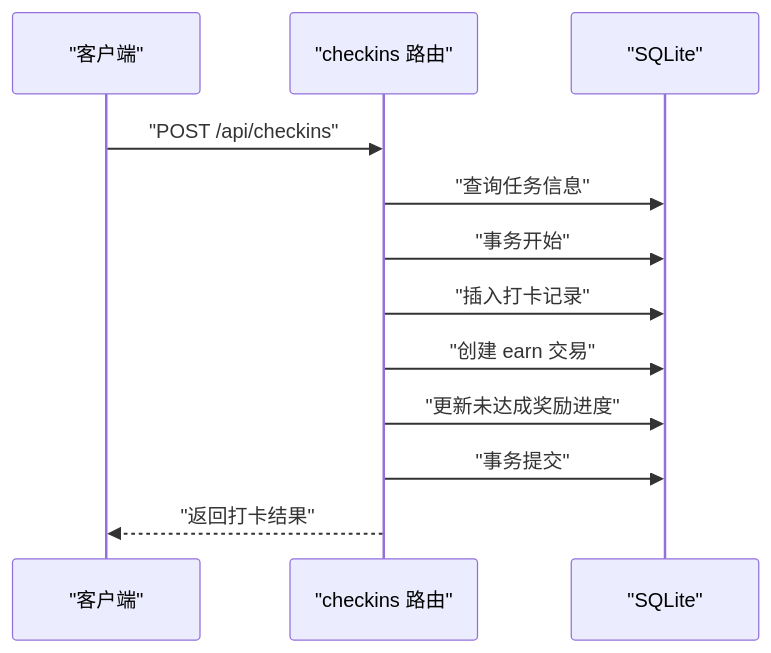
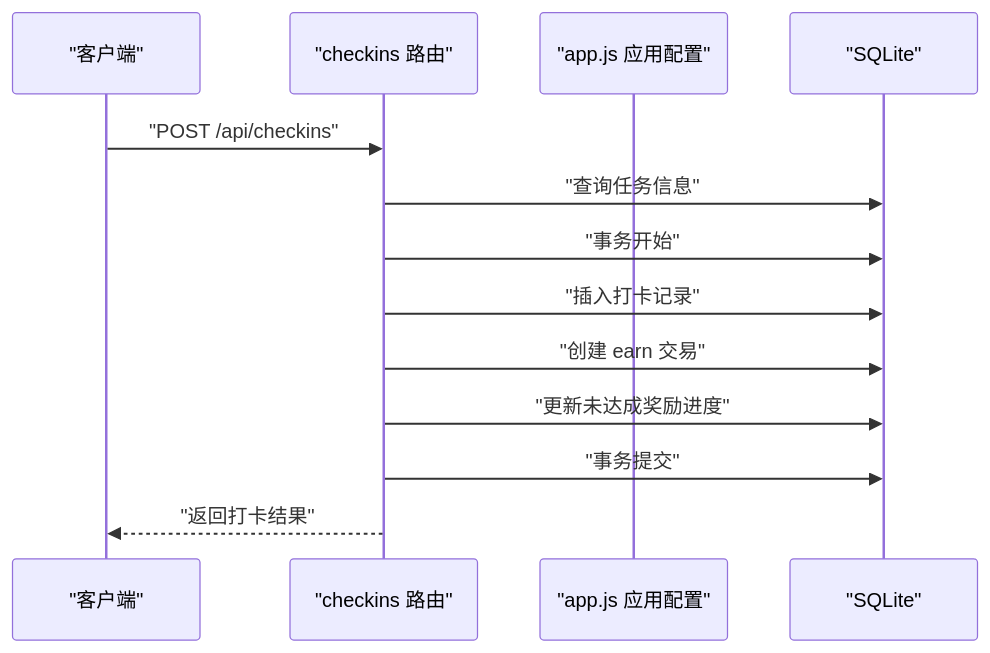
One commit to dawny123123/StarParadise changed the sixth of 8 diagrams in .qoder/repowiki/zh/content/系统架构设计/后端架构设计.md. Above: the diagram before and after it, drawn with Mermaid. The commit also changed other lines of this file and 102 other files, not shown here.

````diff
--- a/.qoder/repowiki/zh/content/系统架构设计/后端架构设计.md
+++ b/.qoder/repowiki/zh/content/系统架构设计/后端架构设计.md
@@ -305,14 +330,15 @@
 ```mermaid
 sequenceDiagram
 participant Client as "客户端"
 participant Checkin as "checkins 路由"
+participant App as "app.js 应用配置"
 participant DB as "SQLite"
 Client->>Checkin : "POST /api/checkins"
 Checkin->>DB : "查询任务信息"
 Checkin->>DB : "事务开始"
 Checkin->>DB : "插入打卡记录"
 Checkin->>DB : "创建 earn 交易"
 Checkin->>DB : "更新未达成奖励进度"
 Checkin->>DB : "事务提交"
 Checkin-->>Client : "返回打卡结果"
 ```
````
